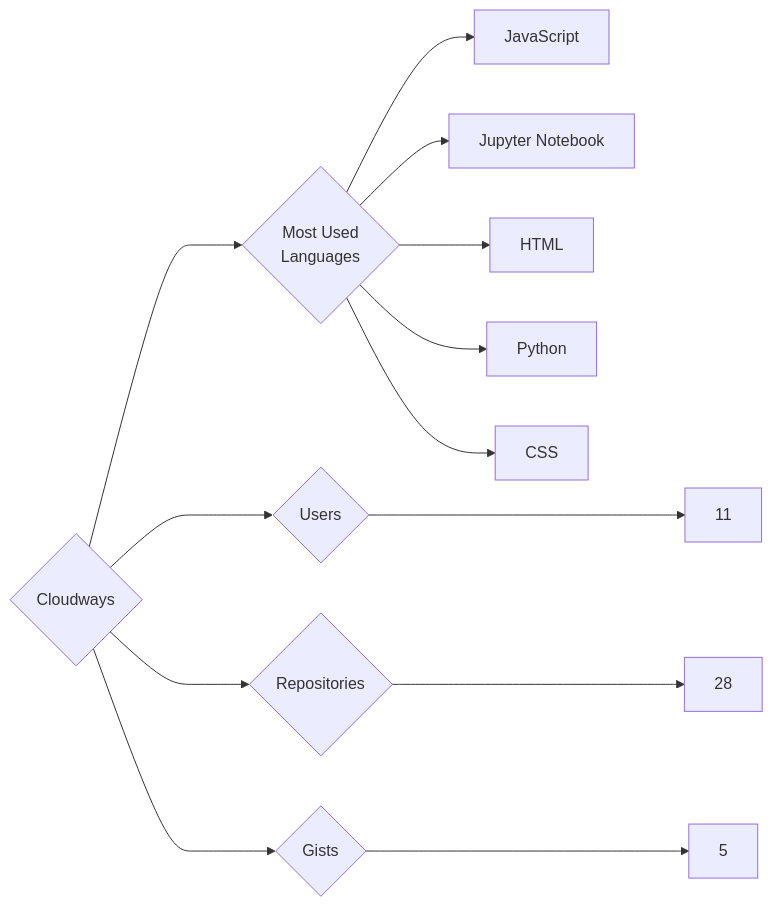
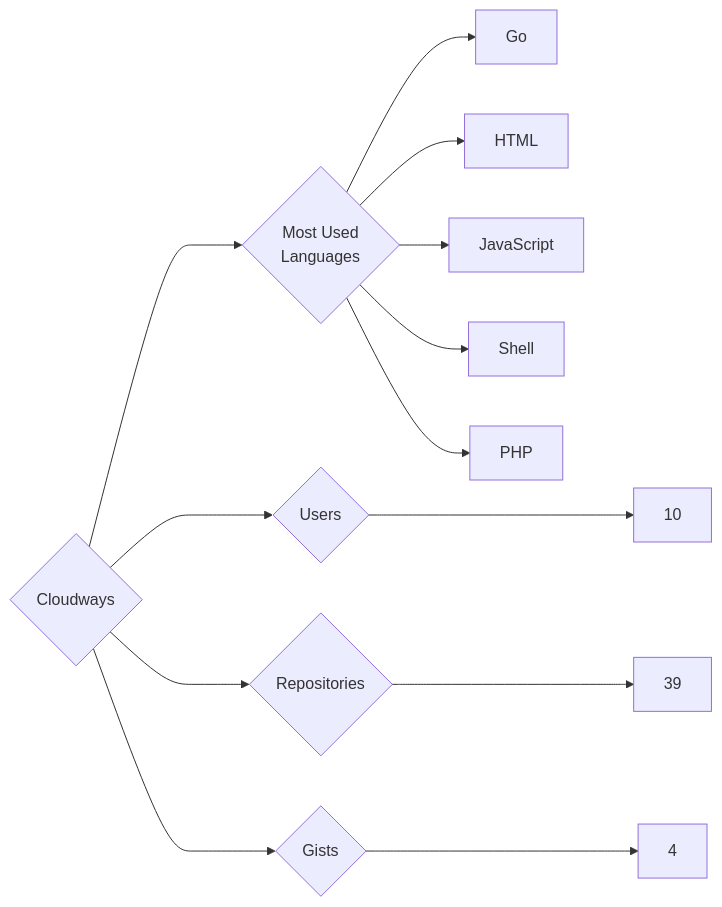
Before and after one commit to trickest/insiders: the diagram in targets/Cloudways/README.md, drawn with Mermaid. The commit also changed 688 other files, not shown here.

````diff
--- a/targets/Cloudways/README.md
+++ b/targets/Cloudways/README.md
@@ -3,13 +3,13 @@
 ```mermaid
 graph LR
 COMPANY_NAME{Cloudways}
-COMPANY_NAME ---> U{Users} ---> UN[11]
-COMPANY_NAME ---> R{Repositories} ---> RN[28]
-COMPANY_NAME ---> G{Gists} ---> GN[5]
+COMPANY_NAME ---> U{Users} ---> UN[10]
+COMPANY_NAME ---> R{Repositories} ---> RN[39]
+COMPANY_NAME ---> G{Gists} ---> GN[4]
 COMPANY_NAME ---> ML{Most Used<br>Languages}
+ML --> Go[Go]
+ML --> HTML[HTML]
 ML --> JavaScript[JavaScript]
-ML --> Jupyter_Notebook[Jupyter Notebook]
-ML --> HTML[HTML]
-ML --> Python[Python]
-ML --> CSS[CSS]
+ML --> Shell[Shell]
+ML --> PHP[PHP]
 ```
````
